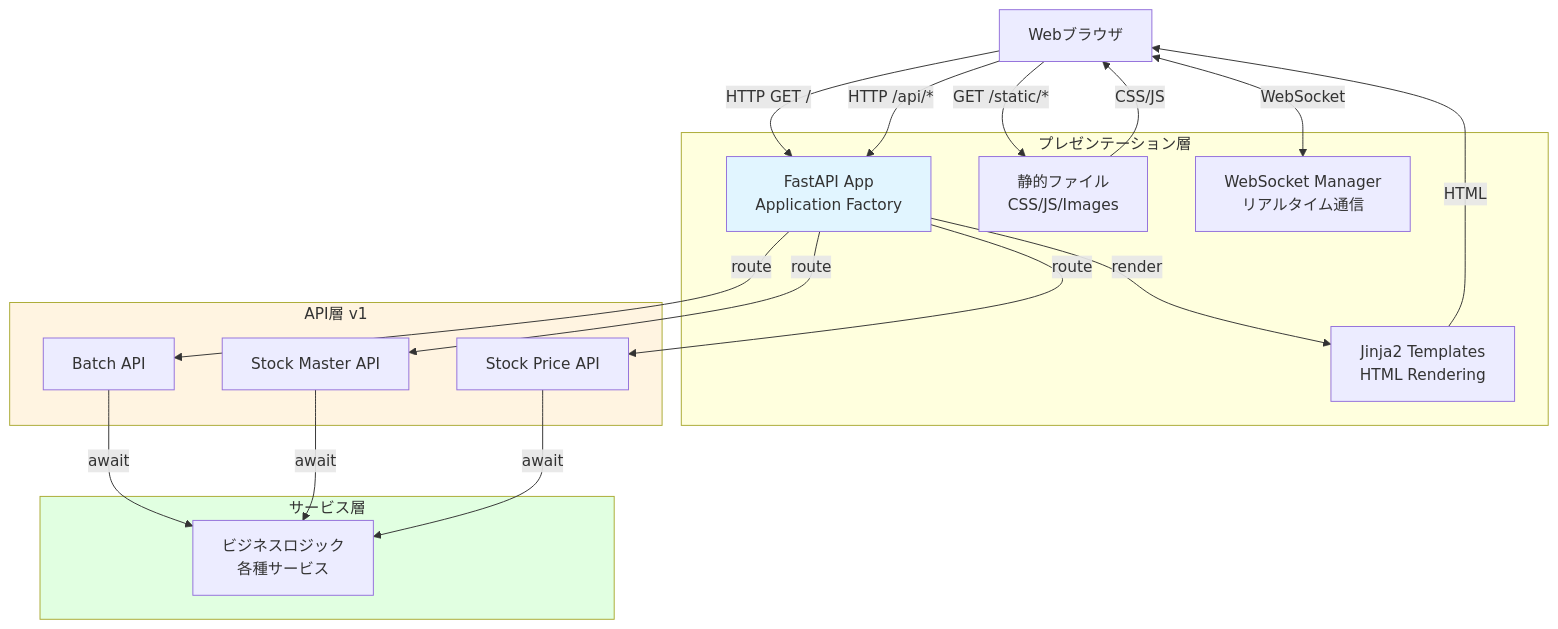
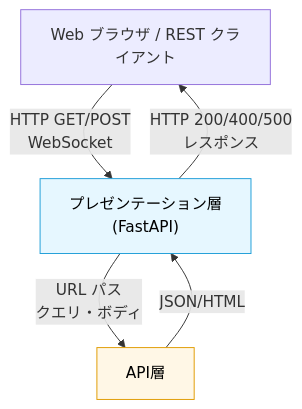
Before and after one commit to develop-nti-0902/STOCK-INVESTMENT-ANALYZER: the diagram in docs/architecture/layers/presentation_layer.md, drawn with Mermaid. The commit also changed other lines of this file and 19 other files, not shown here.

Commit message:
docs(architecture): ドキュメント構成を整理し新規レイヤ定義を追加

````diff
--- a/docs/architecture/layers/presentation_layer.md
+++ b/docs/architecture/layers/presentation_layer.md
@@ -376,38 +42,14 @@
 ```mermaid
 graph TB
-    Browser[Webブラウザ]
+  Client["Web ブラウザ / REST クライアント"]
+  Pres["プレゼンテーション層<br/>(FastAPI)"]
+  API["API層"]
 
-    subgraph Presentation[プレゼンテーション層]
-        FastAPI[FastAPI App<br/>Application Factory]
-        Templates[Jinja2 Templates<br/>HTML Rendering]
-        StaticFiles[静的ファイル<br/>CSS/JS/Images]
-        WebSocket[WebSocket Manager<br/>リアルタイム通信]
-    end
+  Client -->|HTTP GET/POST<br/>WebSocket| Pres
+  Pres -->|URL パス<br/>クエリ・ボディ| API
+  API -->|JSON/HTML| Pres
+  Pres -->|HTTP 200/400/500<br/>レスポンス| Client
 
-    subgraph APILayer[API層 v1]
-        Router1[Batch API]
-        Router2[Stock Master API]
-        Router3[Stock Price API]
-    end
-
-    subgraph ServiceLayer[サービス層]
-        Services[ビジネスロジック<br/>各種サービス]
-    end
-
-    Browser -->|HTTP GET /| FastAPI
-    FastAPI -->|render| Templates
-    Templates -->|HTML| Browser
-
-    Browser -->|GET /static/*| StaticFiles
-    StaticFiles -->|CSS/JS| Browser
-
-    Browser <-->|WebSocket| WebSocket
-
-    Browser -->|HTTP /api/*| FastAPI
-    FastAPI -->|route| Router1 & Router2 & Router3
-    Router1 & Router2 & Router3 -->|await| Services
-
-    style FastAPI fill:#e1f5ff
-    style APILayer fill:#fff4e1
-    style ServiceLayer fill:#e1ffe1
+  style Pres fill:#e6f7ff,stroke:#1f9ed8,color:#000
+  style API fill:#fff7e6,stroke:#e09b00,color:#000
 ```
````
